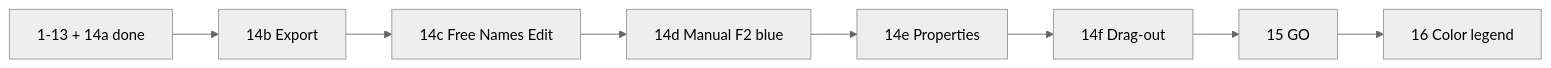
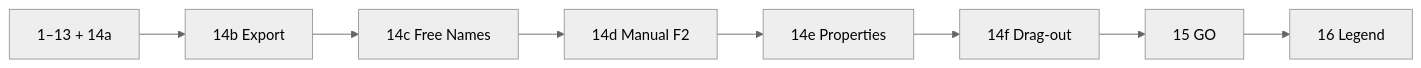
Before and after one commit to davidohana/finebytes: the diagram in docs/plans/rename-list-ui.plan.md, drawn with Mermaid (neutral theme). The commit also changed other lines of this file and 3 other files, not shown here.

````diff
--- a/docs/plans/rename-list-ui.plan.md
+++ b/docs/plans/rename-list-ui.plan.md
@@ -139,13 +136,13 @@
 ```mermaid
 flowchart LR
-  Done[1-13 + 14a done]
+  Done[1–13 + 14a]
   P14b[14b Export]
-  P14c[14c Free Names Edit]
-  P14d[14d Manual F2 blue]
+  P14c[14c Free Names]
+  P14d[14d Manual F2]
   P14e[14e Properties]
   P14f[14f Drag-out]
   P15[15 GO]
-  P16[16 Color legend]
+  P16[16 Legend]
   Done --> P14b --> P14c --> P14d
   P14d --> P14e --> P14f --> P15 --> P16
 ```
````
